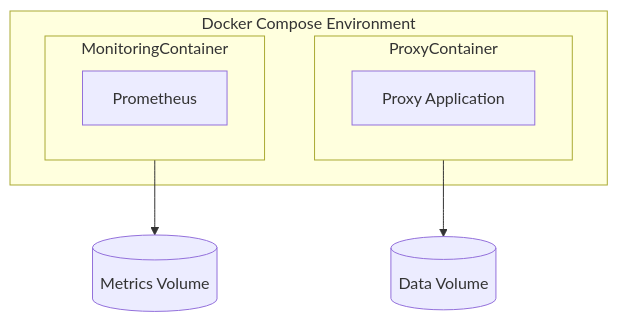
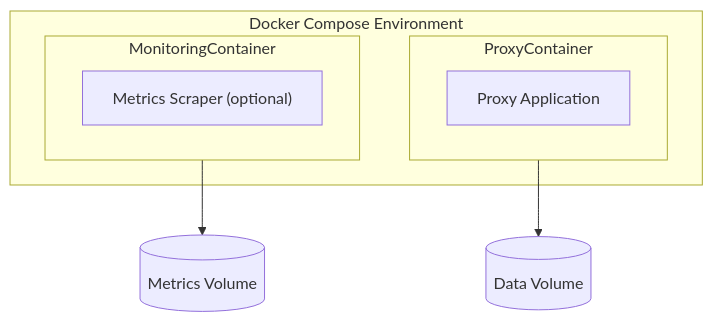
One commit to sofatutor/llm-proxy changed the eighth of 10 diagrams in docs/architecture.md. Above: the diagram before and after it, drawn with Mermaid. The commit also changed other lines of this file and 5 other files, not shown here.

Commit message:
[docs][config] Normalize metrics wording: provider-agnostic; Prometheus optional

````diff
--- a/docs/architecture.md
+++ b/docs/architecture.md
@@ -567,18 +567,18 @@
 ```mermaid
 flowchart TD
     subgraph Containers["Docker Compose Environment"]
         ProxyContainer["LLM Proxy Container"] 
         MonitoringContainer["Monitoring Container"]
         
         subgraph ProxyContainer
             Proxy["Proxy Application"]
         end
         
         subgraph MonitoringContainer
-            Prometheus["Prometheus"]
+            MetricsScraper["Metrics Scraper (optional)"]
         end
     end
     
     ProxyContainer --> DataVolume[("Data Volume")]
     MonitoringContainer --> MetricsVolume[("Metrics Volume")]
 ```
````
